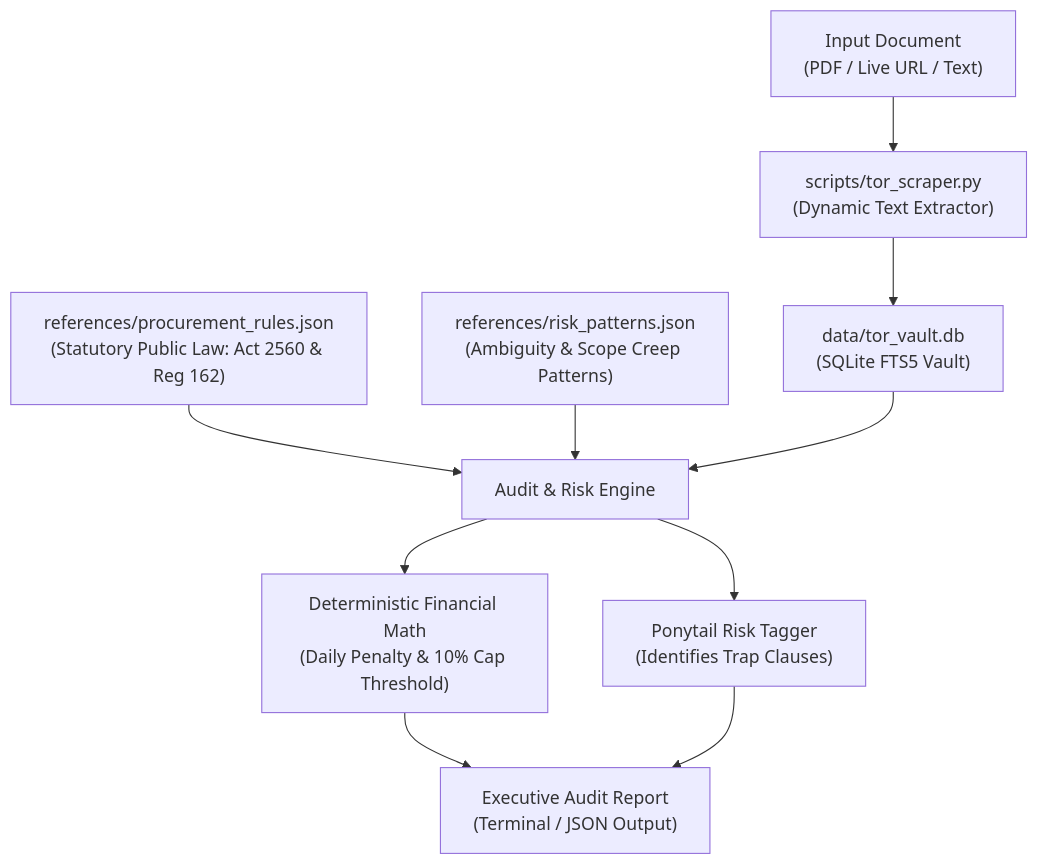
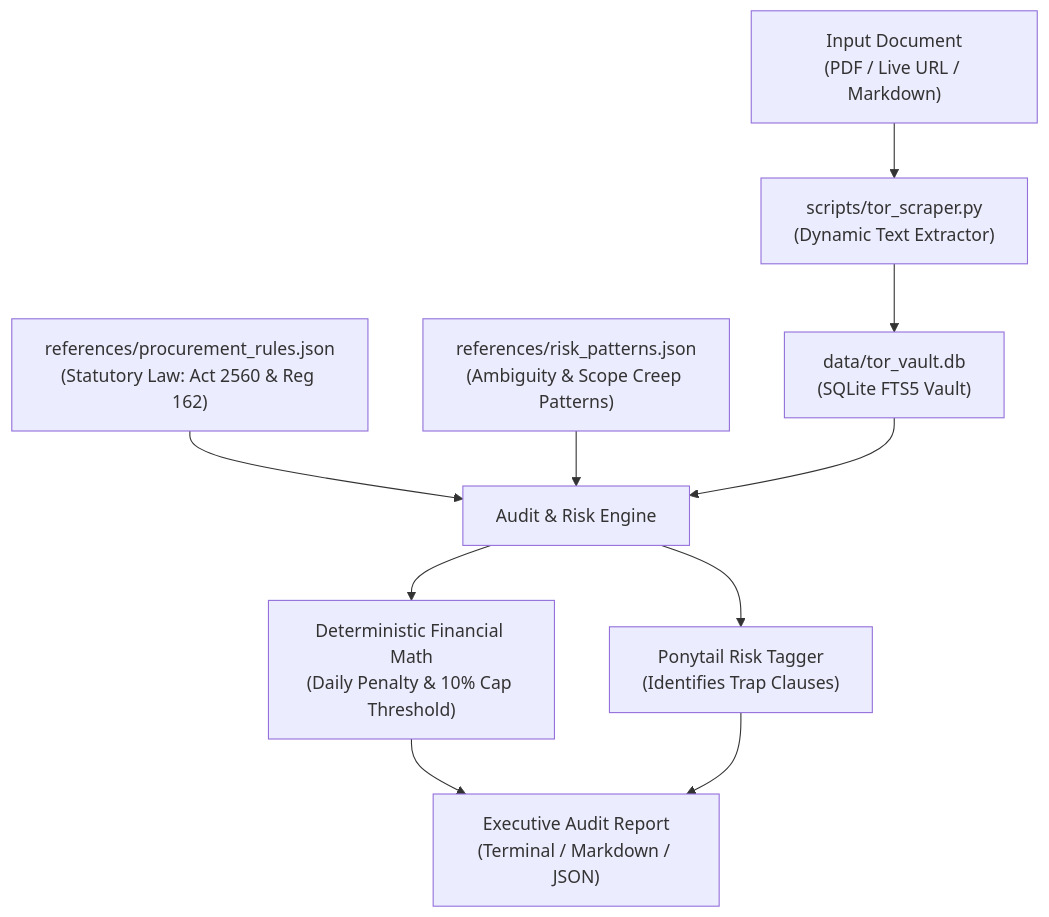
One commit to Zeydsuno/tor-audit changed the diagram in README.md. Above: the diagram before and after it, drawn with Mermaid. The commit also changed other lines of this file and 7 other files, not shown here.

````diff
--- a/README.md
+++ b/README.md
@@ -26,15 +50,15 @@
 ```mermaid
 flowchart TD
-    A["Input Document<br>(PDF / Live URL / Text)"] --> B["scripts/tor_scraper.py<br>(Dynamic Text Extractor)"]
+    A["Input Document<br>(PDF / Live URL / Markdown)"] --> B["scripts/tor_scraper.py<br>(Dynamic Text Extractor)"]
     B --> C["data/tor_vault.db<br>(SQLite FTS5 Vault)"]
     
-    D["references/procurement_rules.json<br>(Statutory Public Law: Act 2560 & Reg 162)"] --> E["Audit & Risk Engine"]
+    D["references/procurement_rules.json<br>(Statutory Law: Act 2560 & Reg 162)"] --> E["Audit & Risk Engine"]
     F["references/risk_patterns.json<br>(Ambiguity & Scope Creep Patterns)"] --> E
     C --> E
     
     E --> G["Deterministic Financial Math<br>(Daily Penalty & 10% Cap Threshold)"]
     E --> H["Ponytail Risk Tagger<br>(Identifies Trap Clauses)"]
     
-    G --> I["Executive Audit Report<br>(Terminal / JSON Output)"]
+    G --> I["Executive Audit Report<br>(Terminal / Markdown / JSON)"]
     H --> I
 ```
````
